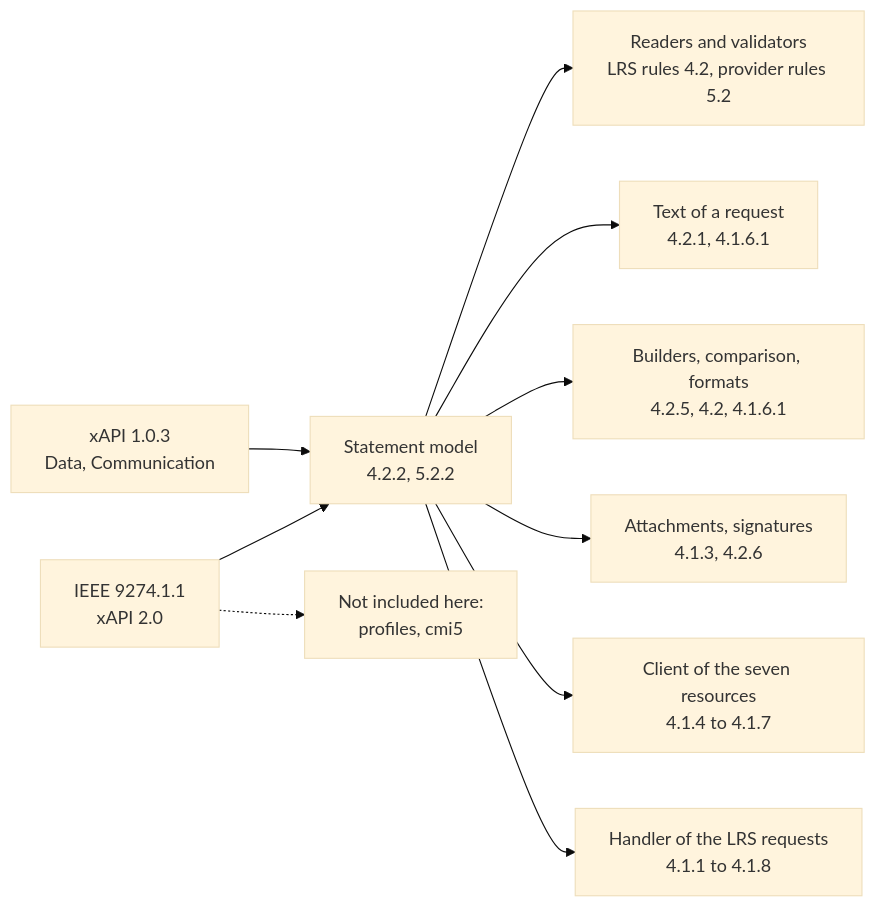
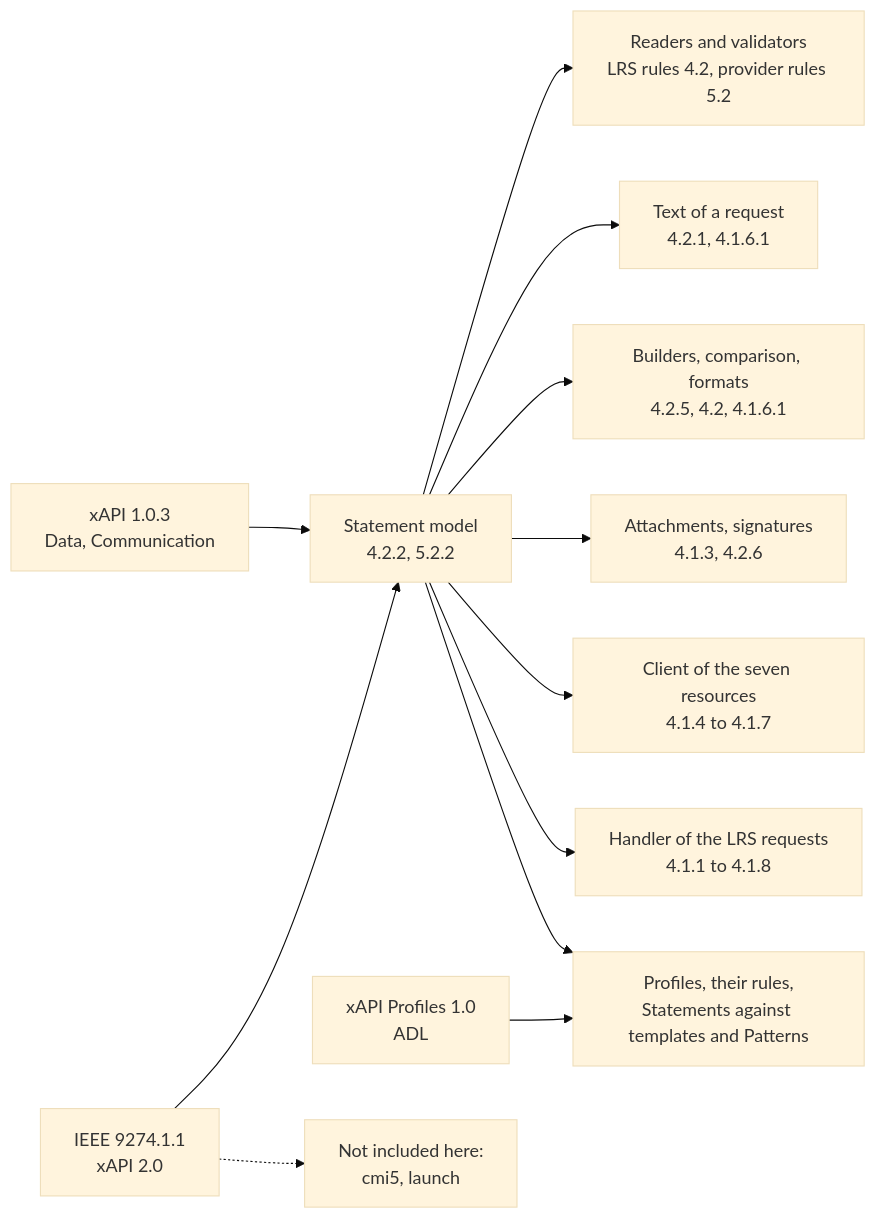
Before and after one commit to interopkit/interopkit: the diagram in docs/learning-records/supported.md, drawn with Mermaid (base theme). The commit also changed other lines of this file and 10 other files, not shown here.

First line of the commit message:
Document xAPI Profiles in the guides, the comparators and the evidence

````diff
--- a/docs/learning-records/supported.md
+++ b/docs/learning-records/supported.md
@@ -7,12 +7,14 @@
 ```mermaid
 flowchart LR
   spec["IEEE 9274.1.1<br/>xAPI 2.0"] --> model["Statement model<br/>4.2.2, 5.2.2"]
   model --> read["Readers and validators<br/>LRS rules 4.2, provider rules 5.2"]
   model --> text["Text of a request<br/>4.2.1, 4.1.6.1"]
   model --> build["Builders, comparison, formats<br/>4.2.5, 4.2, 4.1.6.1"]
   model --> attach["Attachments, signatures<br/>4.1.3, 4.2.6"]
   model --> client["Client of the seven resources<br/>4.1.4 to 4.1.7"]
   model --> store["Handler of the LRS requests<br/>4.1.1 to 4.1.8"]
   v1["xAPI 1.0.3<br/>Data, Communication"] --> model
-  spec -.-> outside["Not included here:<br/>profiles, cmi5"]
+  profiles["xAPI Profiles 1.0<br/>ADL"] --> profile["Profiles, their rules,<br/>Statements against templates and Patterns"]
+  model --> profile
+  spec -.-> outside["Not included here:<br/>cmi5, launch"]
 ```
````
